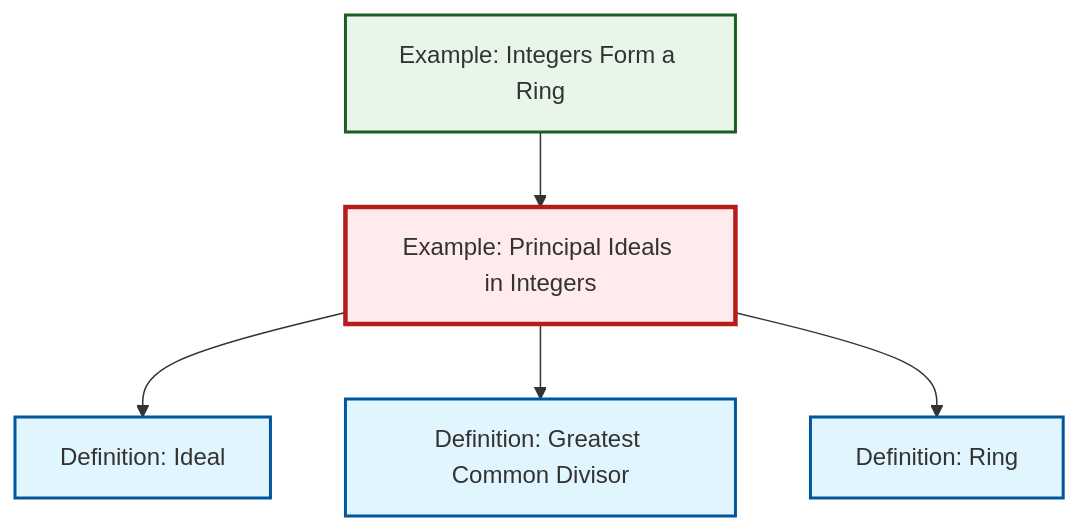
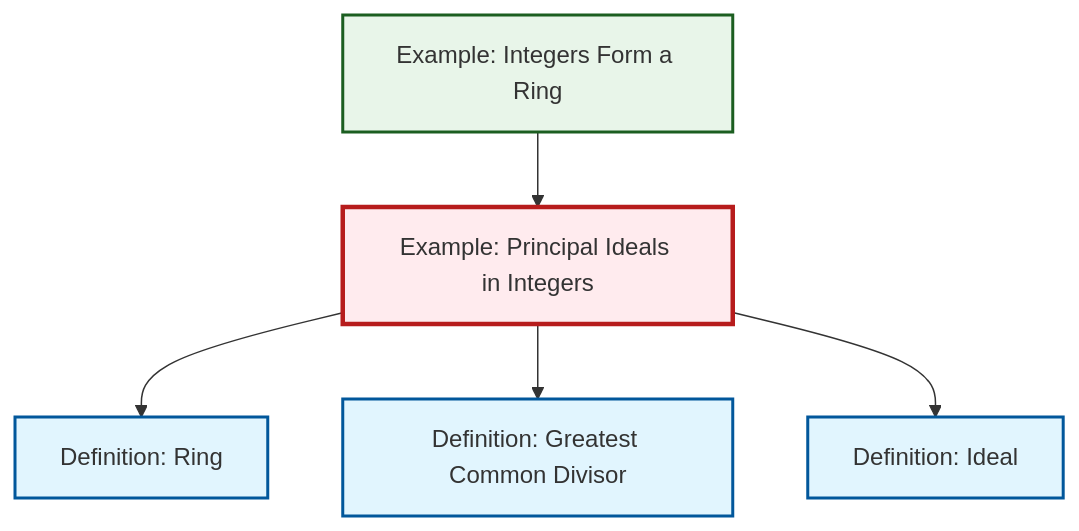
The diagram in content/ja/algebra/ex-principal-ideal.qmd (RK0429/ModernMath), drawn with Mermaid before and after one commit. The commit also changed other lines of this file and 619 other files, not shown here.

First line of the commit message:
feat: Add LCM (Least Common Multiple) definition with comprehensive cross-references

````diff
--- a/content/ja/algebra/ex-principal-ideal.qmd
+++ b/content/ja/algebra/ex-principal-ideal.qmd
@@ -64,23 +64,23 @@
 ```{mermaid}
 %%| fig-cap: "Local dependency graph"
 graph TD
     classDef definition fill:#e1f5fe,stroke:#01579b,stroke-width:2px
     classDef theorem fill:#f3e5f5,stroke:#4a148c,stroke-width:2px
     classDef axiom fill:#fff3e0,stroke:#e65100,stroke-width:2px
     classDef example fill:#e8f5e9,stroke:#1b5e20,stroke-width:2px
     classDef current fill:#ffebee,stroke:#b71c1c,stroke-width:3px
+    def-gcd["Definition: Greatest Common Divisor"]:::definition
+    ex-integers-ring["Example: Integers Form a Ring"]:::example
     def-ideal["Definition: Ideal"]:::definition
-    def-gcd["Definition: Greatest Common Divisor"]:::definition
     ex-principal-ideal["Example: Principal Ideals in Integers"]:::example
     def-ring["Definition: Ring"]:::definition
-    ex-integers-ring["Example: Integers Form a Ring"]:::example
+    ex-integers-ring --> ex-principal-ideal
+    ex-principal-ideal --> def-ring
+    ex-principal-ideal --> def-gcd
     ex-principal-ideal --> def-ideal
-    ex-integers-ring --> ex-principal-ideal
-    ex-principal-ideal --> def-gcd
-    ex-principal-ideal --> def-ring
     class ex-principal-ideal current
+    click def-gcd "def-gcd.html" "Definition: Greatest Common Divisorへ"
+    click ex-integers-ring "ex-integers-ring.html" "Example: Integers Form a Ringへ"
     click def-ideal "def-ideal.html" "Definition: Idealへ"
-    click def-gcd "def-gcd.html" "Definition: Greatest Common Divisorへ"
     click def-ring "def-ring.html" "Definition: Ringへ"
-    click ex-integers-ring "ex-integers-ring.html" "Example: Integers Form a Ringへ"
 ```
````
